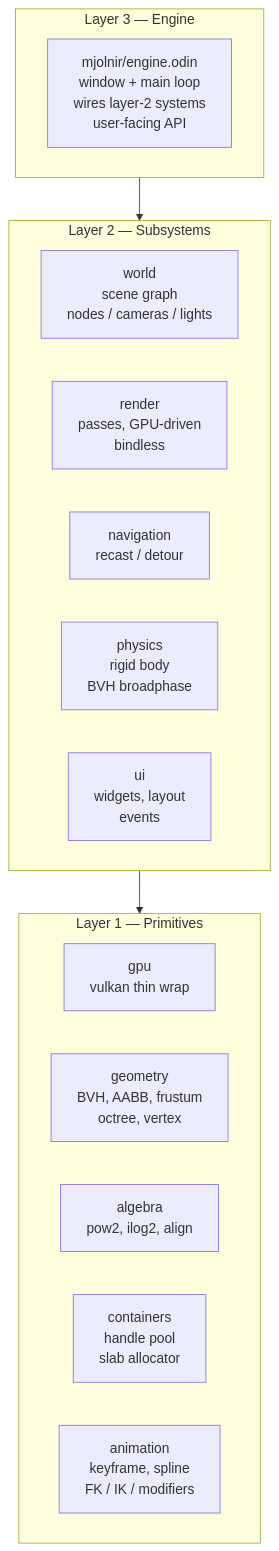
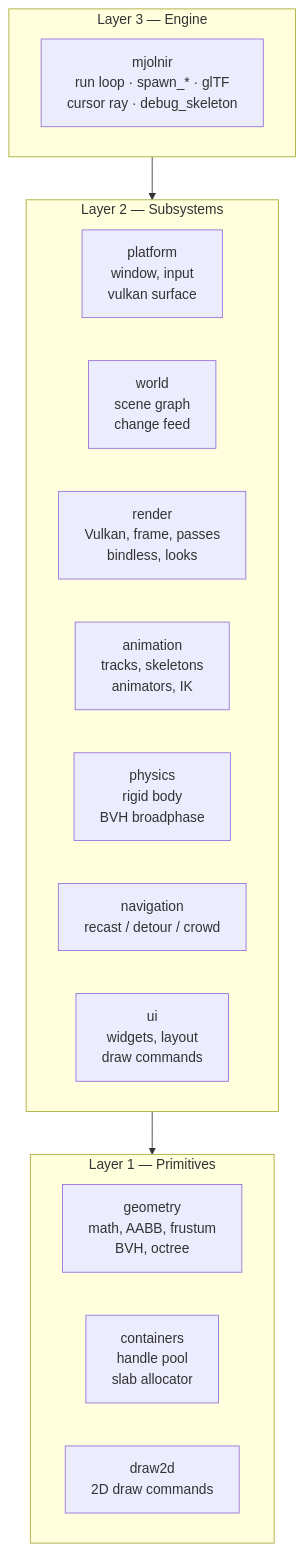
One commit to hucancode/mjolnir changed the diagram in docs/architecture.md. Above: the diagram before and after it, drawn with Mermaid. The commit also changed other lines of this file and 14 other files, not shown here.

````diff
--- a/docs/architecture.md
+++ b/docs/architecture.md
@@ -29,27 +32,27 @@
 ```mermaid
 flowchart TB
   subgraph L3["Layer 3 — Engine"]
-    engine["mjolnir/engine.odin<br/>window + main loop<br/>wires layer-2 systems<br/>user-facing API"]
+    engine["mjolnir<br/>run loop · spawn_* · glTF<br/>cursor ray · debug_skeleton"]
   end
 
   subgraph L2["Layer 2 — Subsystems"]
     direction LR
-    world["world<br/>scene graph<br/>nodes / cameras / lights"]
-    render["render<br/>passes, GPU-driven<br/>bindless"]
-    nav["navigation<br/>recast / detour"]
+    platform["platform<br/>window, input<br/>vulkan surface"]
+    world["world<br/>scene graph<br/>change feed"]
+    render["render<br/>Vulkan, frame, passes<br/>bindless, looks"]
+    animation["animation<br/>tracks, skeletons<br/>animators, IK"]
     physics["physics<br/>rigid body<br/>BVH broadphase"]
-    ui["ui<br/>widgets, layout<br/>events"]
+    nav["navigation<br/>recast / detour / crowd"]
+    ui["ui<br/>widgets, layout<br/>draw commands"]
   end
 
   subgraph L1["Layer 1 — Primitives"]
     direction LR
-    gpu["gpu<br/>vulkan thin wrap"]
-    geometry["geometry<br/>BVH, AABB, frustum<br/>octree, vertex"]
-    algebra["algebra<br/>pow2, ilog2, align"]
+    geometry["geometry<br/>math, AABB, frustum<br/>BVH, octree"]
     containers["containers<br/>handle pool<br/>slab allocator"]
-    animation["animation<br/>keyframe, spline<br/>FK / IK / modifiers"]
+    draw2d["draw2d<br/>2D draw commands"]
   end
 
   L3 --> L2
   L2 --> L1
 ```
````
